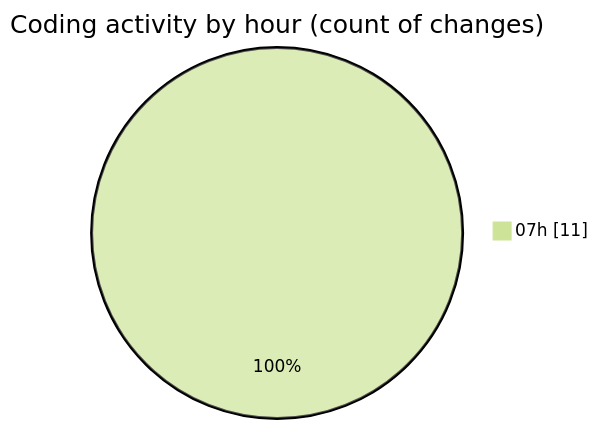
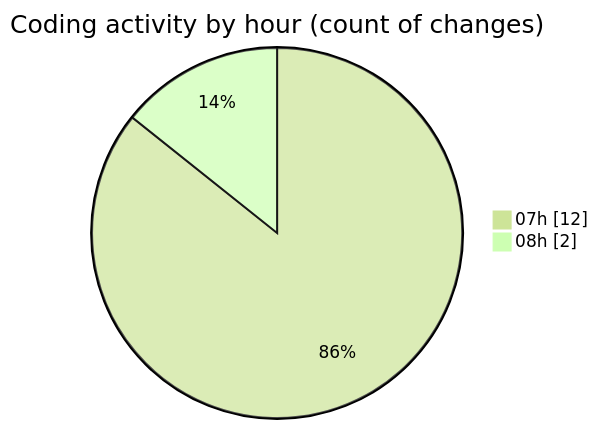
One commit to nxtqubesakshisongat/code-tracking changed the second of 2 diagrams in 2026-02-23/nxtqube_webapp/README.md. Above: the diagram before and after it, drawn with Mermaid (forest theme). The commit also changed other lines of this file and 1 other file, not shown here.

````diff
--- a/2026-02-23/nxtqube_webapp/README.md
+++ b/2026-02-23/nxtqube_webapp/README.md
@@ -28,5 +28,6 @@
 ```mermaid
 pie showData
 title Coding activity by hour (count of changes)
-"07h" : 11
+"07h" : 12
+"08h" : 2
 ```
````
